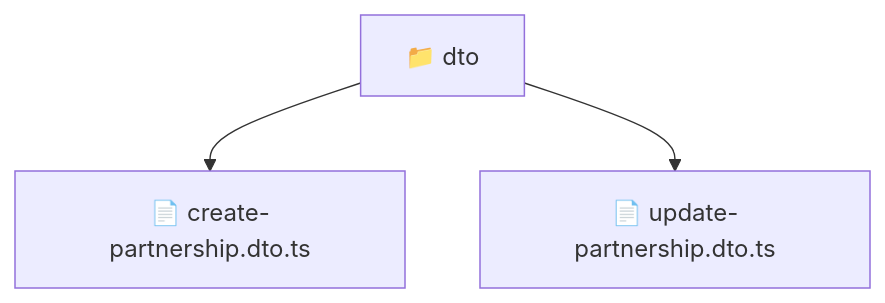
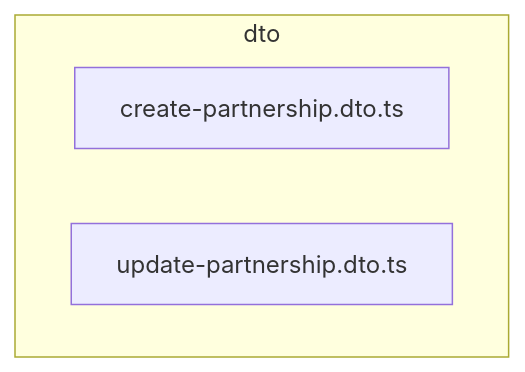
Before and after one commit to beginwebdev2002/fullstack-mavluda: the diagram in backend/src/modules/partnership/presentation/dto/README.md, drawn with Mermaid. The commit also changed other lines of this file and 163 other files, not shown here.

````diff
--- a/backend/src/modules/partnership/presentation/dto/README.md
+++ b/backend/src/modules/partnership/presentation/dto/README.md
@@ -9,6 +15,7 @@
 ```mermaid
 graph TD
-  Root["📁 dto"]
-  Root --> create_partnership_dto_ts["📄 create-partnership.dto.ts"]
-  Root --> update_partnership_dto_ts["📄 update-partnership.dto.ts"]
+  subgraph dto
+    create_partnership_dto_ts["create-partnership.dto.ts"]
+    update_partnership_dto_ts["update-partnership.dto.ts"]
+  end
 ```
````
